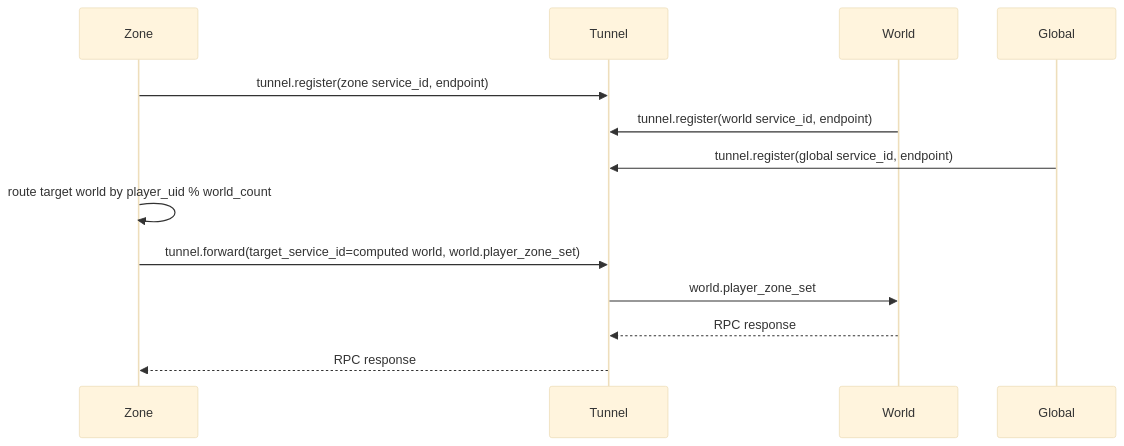
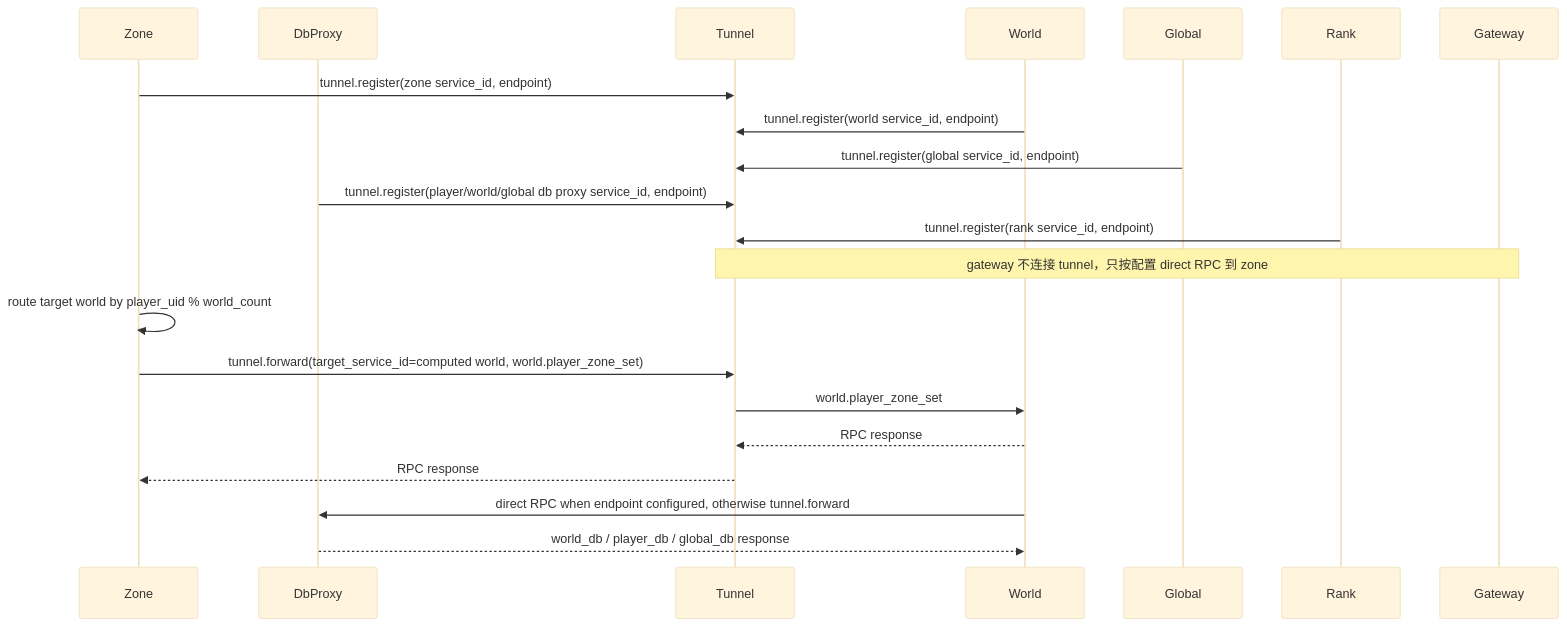
One commit to freshman1997/server-lib changed the third of 6 diagrams in libs/game/server/README.md. Above: the diagram before and after it, drawn with Mermaid (base theme). The commit also changed other lines of this file and 112 other files, not shown here.

````diff
--- a/libs/game/server/README.md
+++ b/libs/game/server/README.md
@@ -192,16 +414,24 @@
 ```mermaid
 sequenceDiagram
     participant Z as Zone
+    participant DB as DbProxy
     participant T as Tunnel
     participant W as World
     participant G as Global
+    participant R as Rank
+    participant GW as Gateway
 
     Z->>T: tunnel.register(zone service_id, endpoint)
     W->>T: tunnel.register(world service_id, endpoint)
     G->>T: tunnel.register(global service_id, endpoint)
+    DB->>T: tunnel.register(player/world/global db proxy service_id, endpoint)
+    R->>T: tunnel.register(rank service_id, endpoint)
+    Note over GW,T: gateway 不连接 tunnel，只按配置 direct RPC 到 zone
     Z->>Z: route target world by player_uid % world_count
     Z->>T: tunnel.forward(target_service_id=computed world, world.player_zone_set)
     T->>W: world.player_zone_set
     W-->>T: RPC response
     T-->>Z: RPC response
+    W->>DB: direct RPC when endpoint configured, otherwise tunnel.forward
+    DB-->>W: world_db / player_db / global_db response
 ```
````
